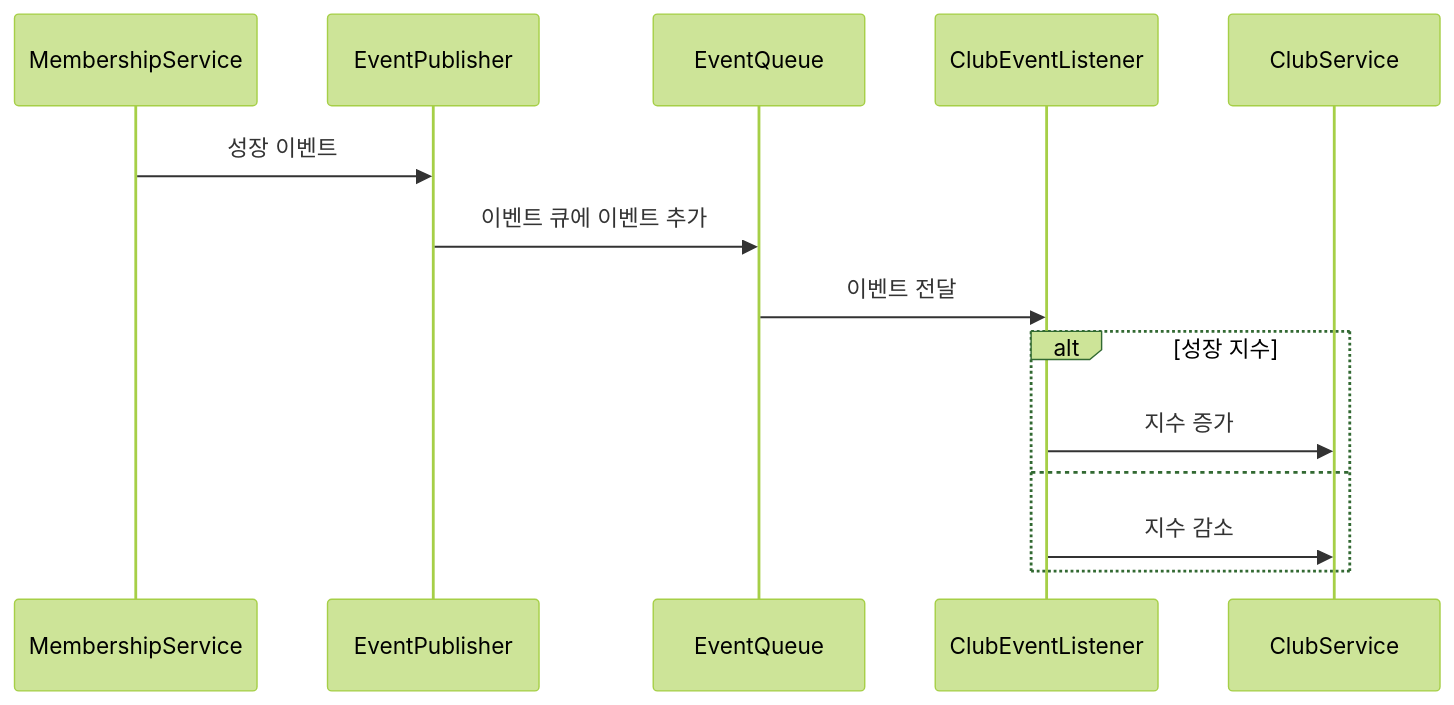
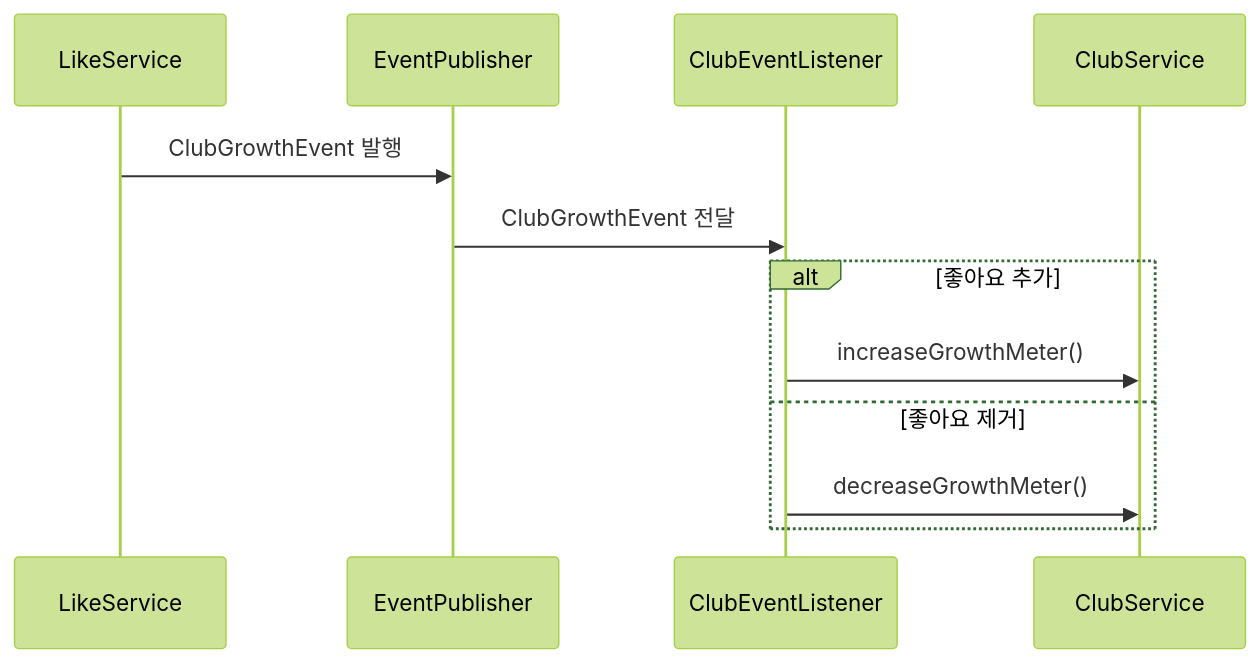
The third of 3 diagrams in content/about/cw/index.md (ssomal62/ssomal62.github.io), drawn with Mermaid (forest theme) before and after one commit. The commit also changed other lines of this file, not shown here.

```diff
--- a/content/about/cw/index.md
+++ b/content/about/cw/index.md
@@ -301,11 +267,17 @@
 {{< mermaid >}}
+
 sequenceDiagram
-MembershipService->>EventPublisher: 성장 이벤트
-EventPublisher->>EventQueue: 이벤트 큐에 이벤트 추가
-EventQueue->>ClubEventListener: 이벤트 전달
-alt 성장 지수
-ClubEventListener->>ClubService: 지수 증가
-else
-ClubEventListener->>ClubService: 지수 감소
-end
+participant LikeService
+participant EventPublisher
+participant ClubEventListener
+participant ClubService
+
+    LikeService->>EventPublisher: ClubGrowthEvent 발행
+    EventPublisher->>ClubEventListener: ClubGrowthEvent 전달
+    alt 좋아요 추가
+        ClubEventListener->>ClubService: increaseGrowthMeter()
+    else 좋아요 제거
+        ClubEventListener->>ClubService: decreaseGrowthMeter()
+    end
+
 {{< /mermaid >}}
```
